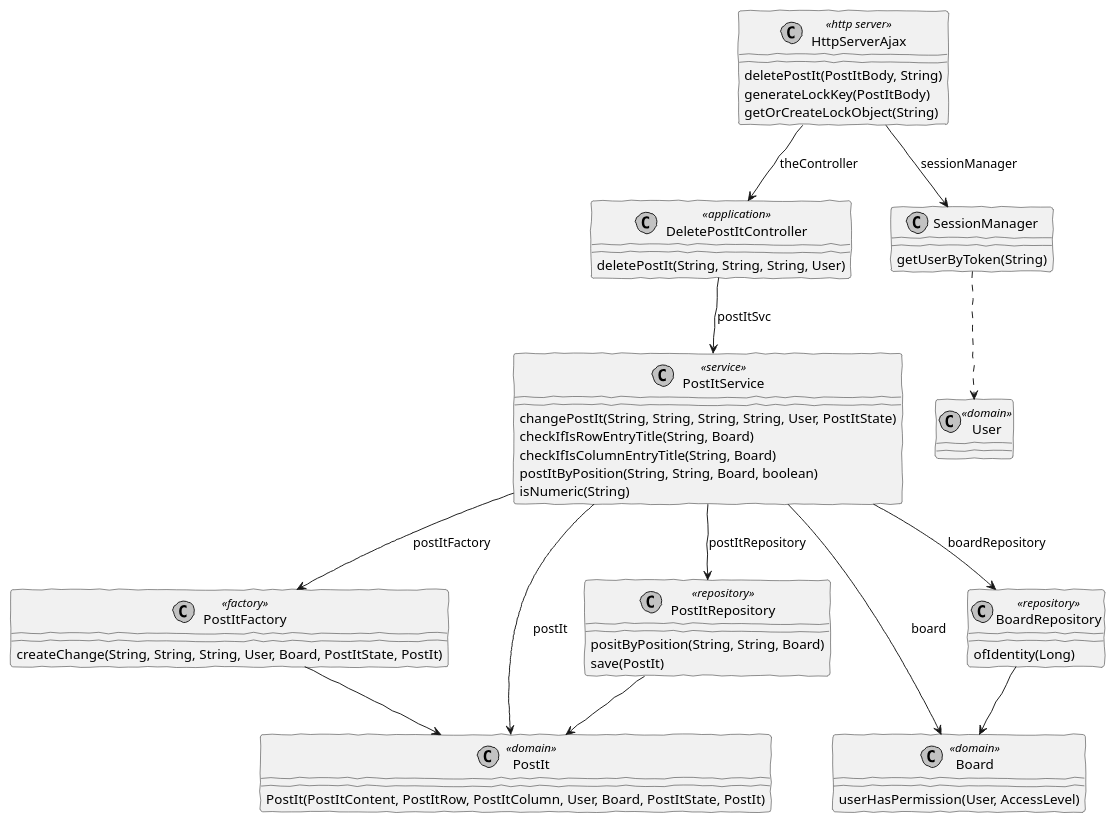
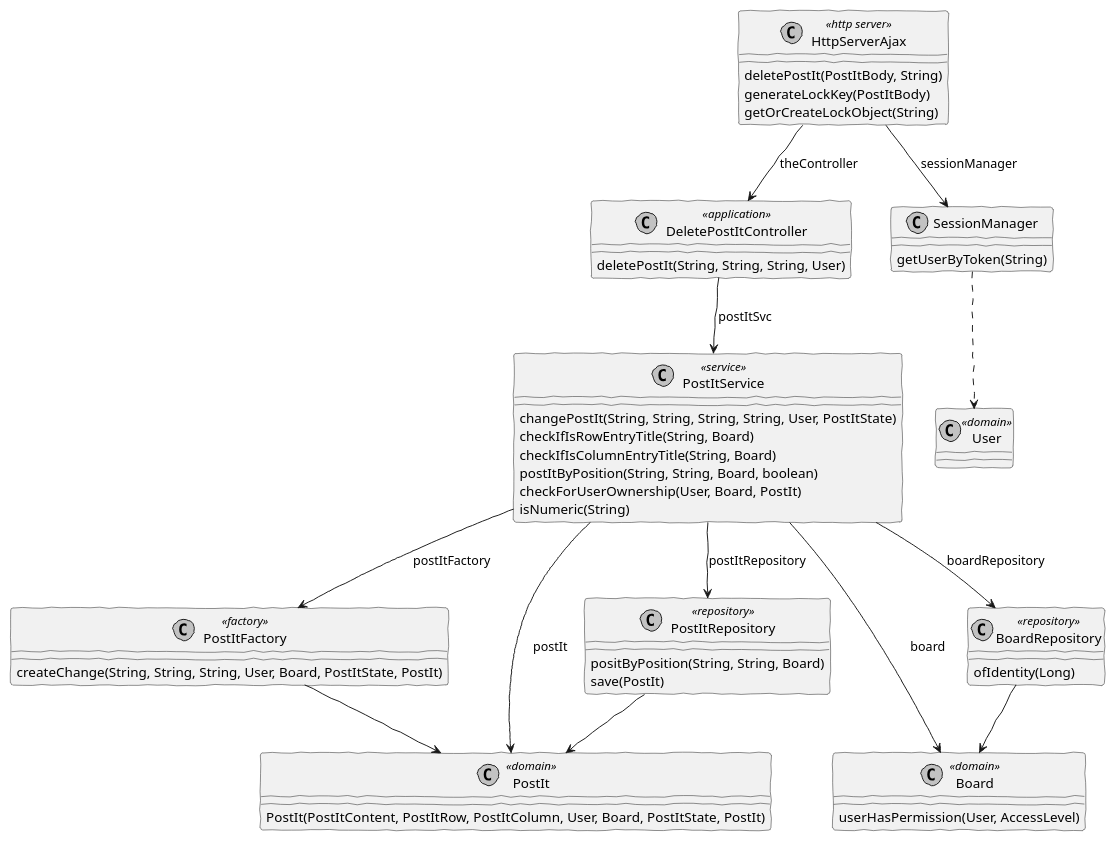
The diagram in docs/SPRINT C/US_3007/CD/DeletePostIt-CD.puml (brunacosta03/sem4pi_22_23), drawn with PlantUML before and after one commit. The commit also changed 13 other files, not shown here.

```diff
--- a/docs/SPRINT C/US_3007/CD/DeletePostIt-CD.puml
+++ b/docs/SPRINT C/US_3007/CD/DeletePostIt-CD.puml
@@ -1,55 +1,56 @@
 @startuml
 'http://plantuml.com/skinparam.html
 skinparam handwritten true
 skinparam monochrome true
 skinparam packageStyle rect
 skinparam defaultFontName FG Virgil
 skinparam shadowing false
 
 
 class HttpServerAjax <<http server>>
 class DeletePostItController <<application>>
 class SessionManager
 class PostItService <<service>>
 class PostItFactory <<factory>>
 class PostItRepository <<repository>>
 class BoardRepository <<repository>>
 class PostIt <<domain>>
 class User <<domain>>
 class Board <<domain>>
 
 
 HttpServerAjax --> DeletePostItController: theController
 HttpServerAjax --> SessionManager: sessionManager
 SessionManager ..> User
 DeletePostItController --> PostItService: postItSvc
 PostItService --> PostItFactory: postItFactory
 PostItService --> PostItRepository: postItRepository
 PostItService --> BoardRepository: boardRepository
 PostItFactory --> PostIt
 PostItRepository --> PostIt
 BoardRepository --> Board
 PostItService --> PostIt: postIt
 PostItService --> Board: board
 
 
 
 HttpServerAjax : deletePostIt(PostItBody, String)
 HttpServerAjax : generateLockKey(PostItBody)
 HttpServerAjax : getOrCreateLockObject(String)
 SessionManager : getUserByToken(String)
 DeletePostItController : deletePostIt(String, String, String, User)
 PostItService : changePostIt(String, String, String, String, User, PostItState)
 PostItService : checkIfIsRowEntryTitle(String, Board)
 PostItService : checkIfIsColumnEntryTitle(String, Board)
 PostItService : postItByPosition(String, String, Board, boolean)
+PostItService : checkForUserOwnership(User, Board, PostIt)
 PostItService : isNumeric(String)
 PostItFactory : createChange(String, String, String, User, Board, PostItState, PostIt)
 BoardRepository : ofIdentity(Long)
 Board : userHasPermission(User, AccessLevel)
 PostItRepository : positByPosition(String, String, Board)
 PostItRepository : save(PostIt)
 PostIt : PostIt(PostItContent, PostItRow, PostItColumn, User, Board, PostItState, PostIt)
 
 
 @enduml
```
